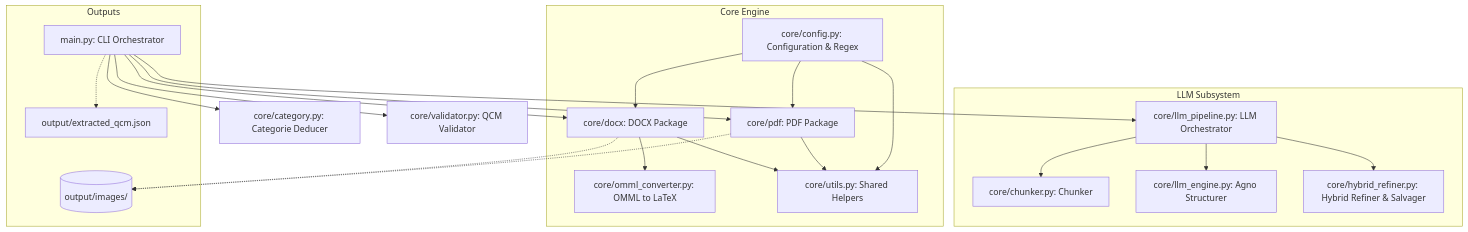
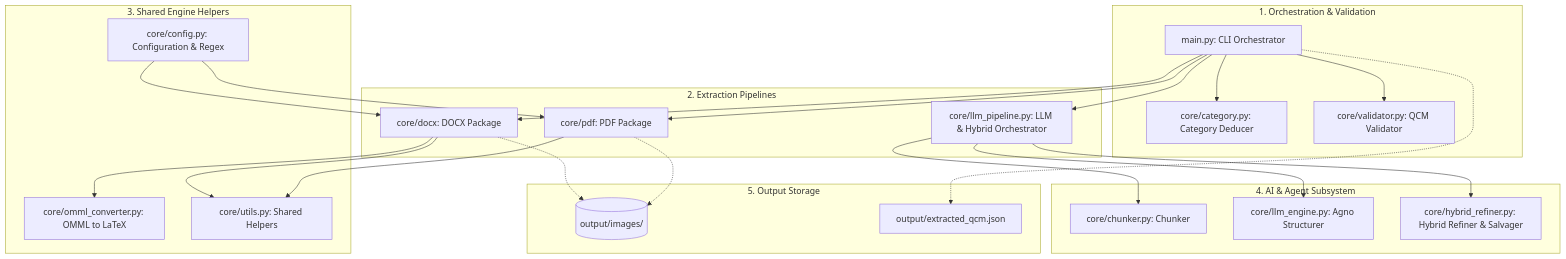
One commit to redabens/medextract changed the first of 3 diagrams in README.md. Above: the diagram before and after it, drawn with Mermaid. The commit also changed 30 other files, not shown here.

````diff
--- a/README.md
+++ b/README.md
@@ -13,29 +13,57 @@
 ```mermaid
 graph TD
-    A[main.py: CLI Orchestrator] --> B[core/category.py: Categorie Deducer]
-    A --> C[core/validator.py: QCM Validator]
-    A --> D[core/llm_pipeline.py: LLM Orchestrator]
-    A --> E[core/docx: DOCX Package]
-    A --> F[core/pdf: PDF Package]
-    
-    subgraph Core Engine
-        E --> G[core/omml_converter.py: OMML to LaTeX]
-        E --> H[core/utils.py: Shared Helpers]
+    %% CLI / Orchestration
+    subgraph SG1 ["1. Orchestration & Validation"]
+        A[main.py: CLI Orchestrator]
+        B[core/category.py: Category Deducer]
+        C[core/validator.py: QCM Validator]
+        
+        A --> B
+        A --> C
+    end
+
+    %% Processing Pipelines
+    subgraph SG2 ["2. Extraction Pipelines"]
+        D[core/llm_pipeline.py: LLM & Hybrid Orchestrator]
+        E[core/docx: DOCX Package]
+        F[core/pdf: PDF Package]
+        
+        A --> D
+        A --> E
+        A --> F
+    end
+
+    %% Helper Subsystem
+    subgraph SG3 ["3. Shared Engine Helpers"]
+        G[core/omml_converter.py: OMML to LaTeX]
+        H[core/utils.py: Shared Helpers]
+        I[core/config.py: Configuration & Regex]
+        
+        E --> G
+        E --> H
         F --> H
-        I[core/config.py: Configuration & Regex] --> E
+        I --> E
         I --> F
-        I --> H
     end
-    
-    subgraph LLM Subsystem
-        D --> J[core/chunker.py: Chunker]
-        D --> K[core/llm_engine.py: Agno Structurer]
-        D --> N[core/hybrid_refiner.py: Hybrid Refiner & Salvager]
+
+    %% LLM & Agents Subsystem
+    subgraph SG4 ["4. AI & Agent Subsystem"]
+        J[core/chunker.py: Chunker]
+        K[core/llm_engine.py: Agno Structurer]
+        N[core/hybrid_refiner.py: Hybrid Refiner & Salvager]
+        
+        D --> J
+        D --> K
+        D --> N
     end
-    
-    subgraph Outputs
-        E -.-> L[(output/images/)]
+
+    %% Outputs
+    subgraph SG5 ["5. Output Storage"]
+        L[(output/images/)]
+        M[output/extracted_qcm.json]
+        
+        E -.-> L
         F -.-> L
-        A -.-> M[output/extracted_qcm.json]
+        A -.-> M
     end
 ```
````
